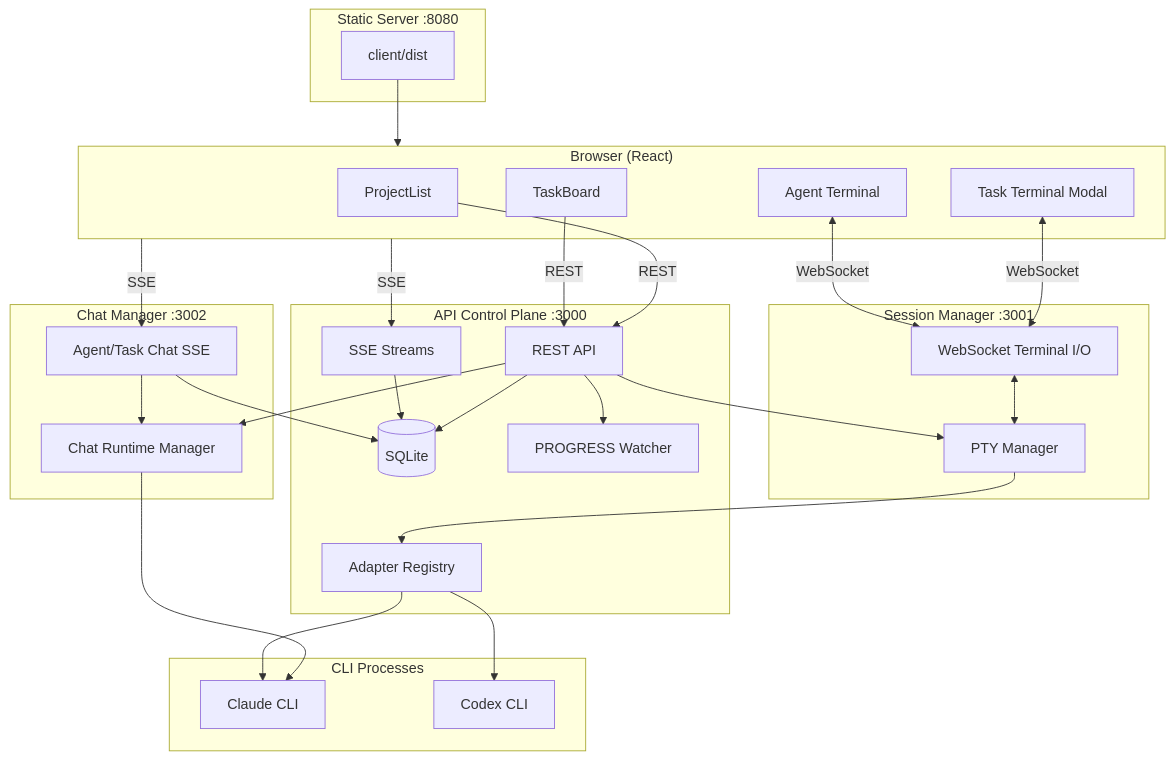
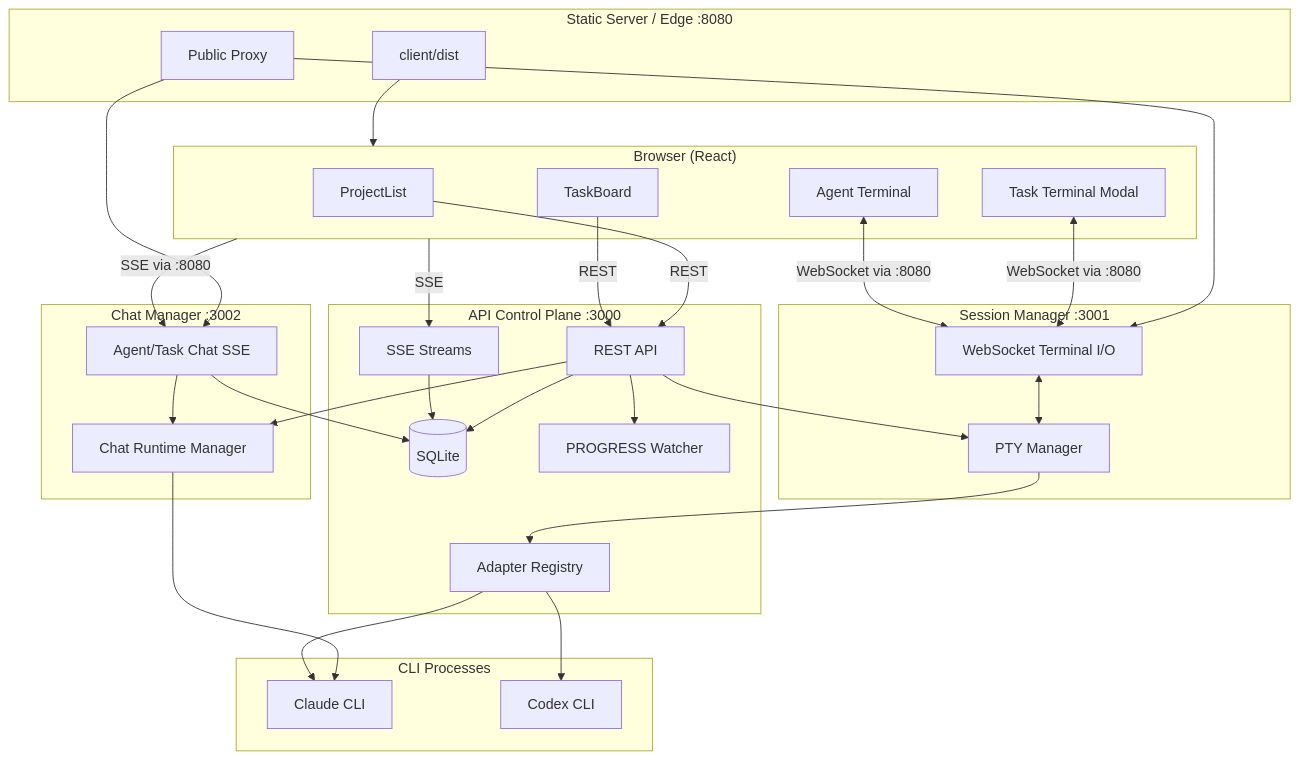
One commit to ZHHHH9980/claude-code-manager changed the diagram in README.md. Above: the diagram before and after it, drawn with Mermaid. The commit also changed other lines of this file and 5 other files, not shown here.

Commit message:
Proxy session and chat traffic through static server

````diff
--- a/README.md
+++ b/README.md
@@ -7,57 +7,60 @@
 ```mermaid
 graph TB
     subgraph Browser["Browser (React)"]
         PL[ProjectList]
         TB[TaskBoard]
         TT["Task Terminal Modal"]
         AT["Agent Terminal"]
     end
 
-    subgraph Static["Static Server :8080"]
+    subgraph Static["Static Server / Edge :8080"]
         SS[client/dist]
+        EDGE[Public Proxy]
     end
 
     subgraph API["API Control Plane :3000"]
         REST[REST API]
         SSE[SSE Streams]
         DB[(SQLite)]
         AD[Adapter Registry]
         FW[PROGRESS Watcher]
     end
 
     subgraph Session["Session Manager :3001"]
         SIO[WebSocket Terminal I/O]
         PTY[PTY Manager]
     end
 
     subgraph Chat["Chat Manager :3002"]
         CHAT[Agent/Task Chat SSE]
         RTR[Chat Runtime Manager]
     end
 
     subgraph CLI["CLI Processes"]
         CC[Claude CLI]
         CX[Codex CLI]
     end
 
     SS --> Browser
+    EDGE --> SIO
+    EDGE --> CHAT
     PL -->|REST| REST
     TB -->|REST| REST
-    TT <-->|WebSocket| SIO
-    AT <-->|WebSocket| SIO
+    TT <-->|WebSocket via :8080| SIO
+    AT <-->|WebSocket via :8080| SIO
     Browser -->|SSE| SSE
-    Browser -->|SSE| CHAT
+    Browser -->|SSE via :8080| CHAT
 
     REST --> DB
     SSE --> DB
     REST --> PTY
     REST --> RTR
     SIO <--> PTY
     CHAT --> DB
     CHAT --> RTR
     PTY --> AD
     RTR --> CC
     AD --> CC
     AD --> CX
     REST --> FW
 ```
````
